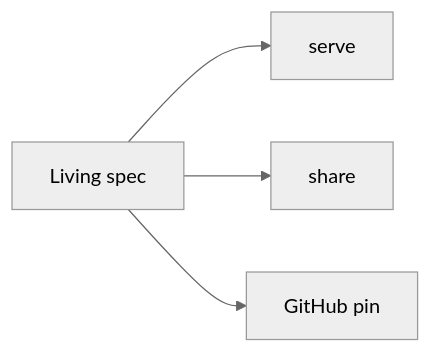
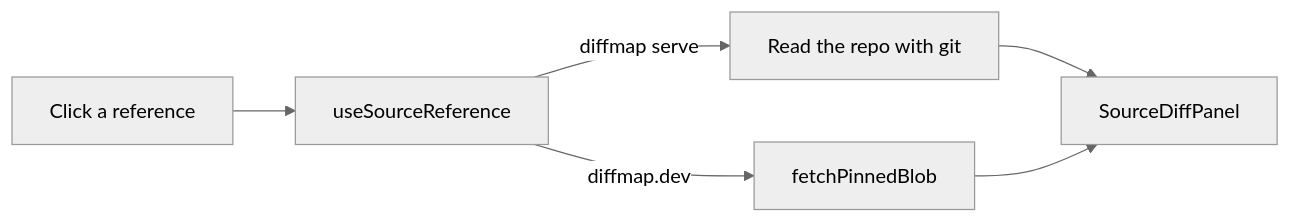
The first of 2 diagrams in src/host/home.md (tanishqkancharla/diffmap), drawn with Mermaid (neutral theme) before and after one commit. The commit also changed other lines of this file and 20 other files, not shown here.

First line of the commit message:
Add animated service diagrams and an example-driven diffmap.dev homepage

````diff
--- a/src/host/home.md
+++ b/src/host/home.md
@@ -53,11 +51,12 @@
 ```mermaid
 flowchart LR
-  Spec[Living spec] --> Serve[serve]
-  Spec --> Share[share]
-  Spec --> Pin[GitHub pin]
-  %% ref node:Spec [[src/parseViewer.ts#parseViewerDocument]]
-  %% ref node:Serve [[src/cli.ts]]
-  %% ref node:Share [[src/share.ts#shareMarkdownFile]]
-  %% ref node:Pin [[src/github/route.ts]]
-  %% ref edge:0 [[1257fe8:src/cli.ts#L49-L50]]
+  Click[Click a reference] --> Find[useSourceReference]
+  Find -->|diffmap serve| Local[Read the repo with git]
+  Find -->|diffmap.dev| GitHub[fetchPinnedBlob]
+  Local --> Panel[SourceDiffPanel]
+  GitHub --> Panel
+  %% ref node:Find [[src/viewer/sourceNavigation.ts#useSourceReference]]
+  %% ref node:GitHub [[src/github/fetchRepo.ts#fetchPinnedBlob]]
+  %% ref node:Panel [[src/viewer/SourceDiffPanel.tsx#SourceDiffPanel]]
+  %% ref edge:1 [[src/viewer/sourceNavigation.ts#requestSource]]
 ```
````
